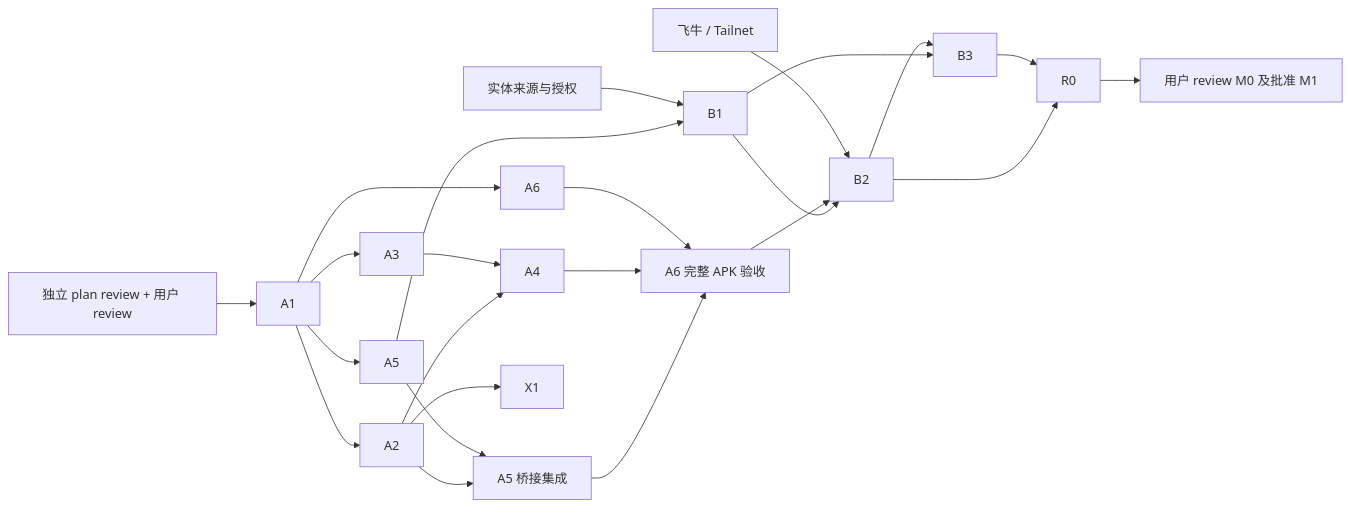
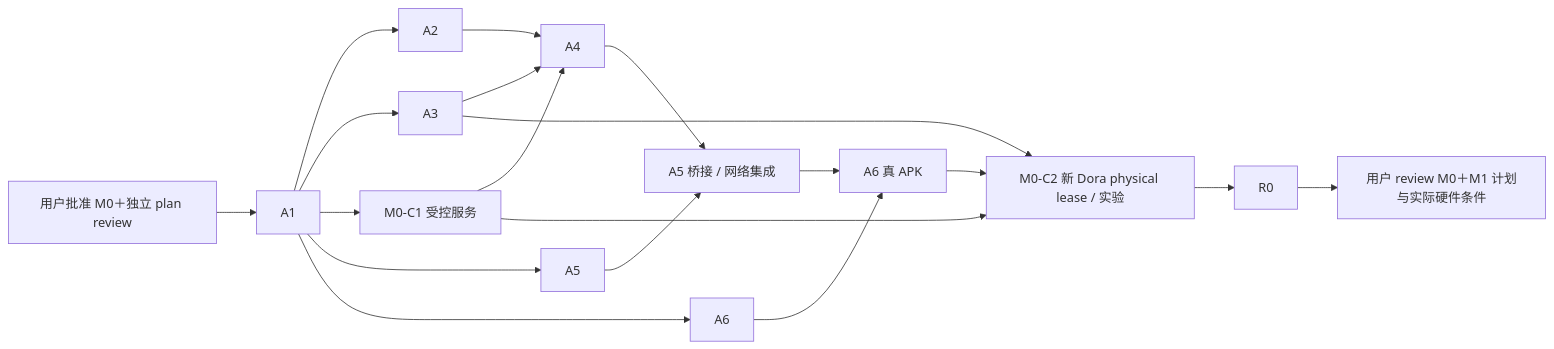
The diagram in docs/plans/m0.md (GhostFlying/ferry), drawn with Mermaid before and after one commit. The commit also changed other lines of this file and 9 other files, not shown here.

````diff
--- a/docs/plans/m0.md
+++ b/docs/plans/m0.md
@@ -45,26 +37,21 @@
 ```mermaid
 flowchart LR
-    G[独立 plan review + 用户 review] --> A1
+    G[用户批准 M0＋独立 plan review] --> A1
     A1 --> A2
     A1 --> A3
+    A1 --> C1[M0-C1 受控服务]
     A1 --> A5
     A1 --> A6
-    A2 --> I[A5 桥接集成]
-    A5 --> I
     A2 --> A4
     A3 --> A4
-    I --> C[A6 完整 APK 验收]
-    A4 --> C
-    A6 --> C
-    A5 --> B1
-    H[实体来源与授权] --> B1
-    B1 --> B2
-    C --> B2
-    N[飞牛 / Tailnet] --> B2
-    B1 --> B3
-    B2 --> B3
-    A2 --> X1
-    B2 --> R0
-    B3 --> R0
-    R0 --> U[用户 review M0 及批准 M1]
+    C1 --> A4
+    A4 --> I[A5 桥接 / 网络集成]
+    A5 --> I
+    I --> APK[A6 真 APK]
+    A6 --> APK
+    APK --> C2[M0-C2 新 Dora physical lease / 实验]
+    C1 --> C2
+    A3 --> C2
+    C2 --> R0
+    R0 --> U[用户 review M0＋M1 计划与实际硬件条件]
 ```
````
